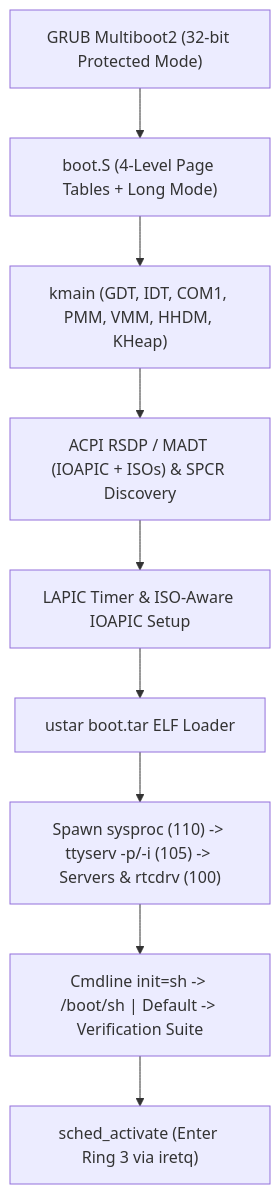
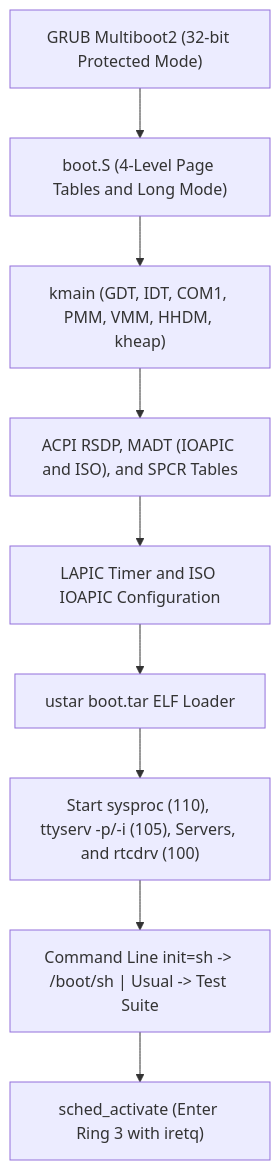
The diagram in docs/30-architecture/boot.md (Deniz-Eren/microkernel), drawn with Mermaid before and after one commit. The commit also changed other lines of this file and 151 other files, not shown here.

````diff
--- a/docs/30-architecture/boot.md
+++ b/docs/30-architecture/boot.md
@@ -22,15 +21,15 @@
 ```mermaid
 flowchart TD
     GRUB["GRUB Multiboot2 (32-bit Protected Mode)"]
-    BOOTS["boot.S (4-Level Page Tables + Long Mode)"]
-    KMAIN["kmain (GDT, IDT, COM1, PMM, VMM, HHDM, KHeap)"]
-    ACPI["ACPI RSDP / MADT (IOAPIC + ISOs) & SPCR Discovery"]
-    APIC["LAPIC Timer & ISO-Aware IOAPIC Setup"]
+    BOOTS["boot.S (4-Level Page Tables and Long Mode)"]
+    KMAIN["kmain (GDT, IDT, COM1, PMM, VMM, HHDM, kheap)"]
+    ACPI["ACPI RSDP, MADT (IOAPIC and ISO), and SPCR Tables"]
+    APIC["LAPIC Timer and ISO IOAPIC Configuration"]
     TAR["ustar boot.tar ELF Loader"]
-    INIT["Spawn sysproc (110) -> ttyserv -p/-i (105) -> Servers & rtcdrv (100)"]
-    MODE["Cmdline init=sh -> /boot/sh | Default -> Verification Suite"]
-    SCHED["sched_activate (Enter Ring 3 via iretq)"]
+    INIT["Start sysproc (110), ttyserv -p/-i (105), Servers, and rtcdrv (100)"]
+    MODE["Command Line init=sh -> /boot/sh | Usual -> Test Suite"]
+    SCHED["sched_activate (Enter Ring 3 with iretq)"]
 
     GRUB --> BOOTS --> KMAIN --> ACPI --> APIC
     APIC --> TAR --> INIT --> MODE --> SCHED
 ```
````
